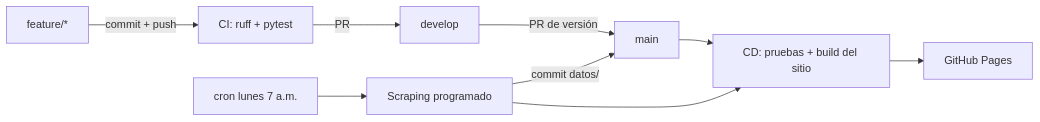
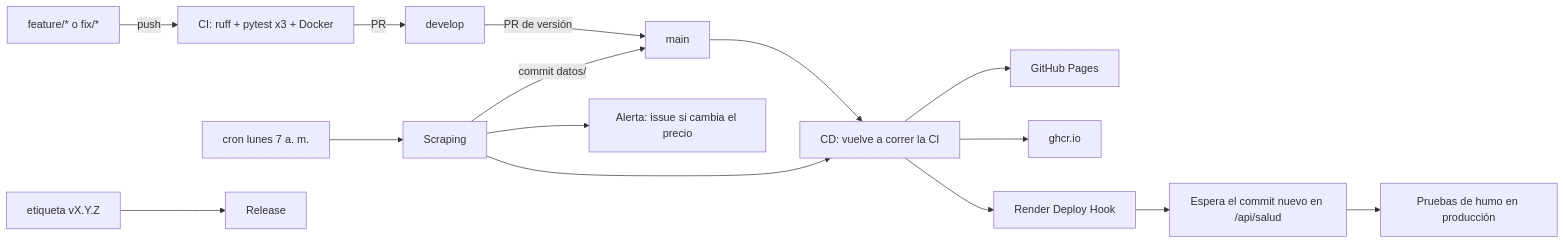
One commit to Biershoot/monitor-precios-falabella changed the diagram in README.md. Above: the diagram before and after it, drawn with Mermaid. The commit also changed other lines of this file, not shown here.

Commit message:
docs: README con instalación, uso, API, automatización y despliegue

````diff
--- a/README.md
+++ b/README.md
@@ -73,11 +142,17 @@
 ```mermaid
 flowchart LR
-    A[feature/*] -- commit + push --> B[CI: ruff + pytest]
+    A[feature/* o fix/*] -- push --> B[CI: ruff + pytest x3 + Docker]
     B -- PR --> C[develop]
     C -- PR de versión --> D[main]
-    D --> E[CD: pruebas + build del sitio]
+    D --> E[CD: vuelve a correr la CI]
     E --> F[GitHub Pages]
-    G[cron lunes 7 a.m.] --> H[Scraping programado]
-    H -- commit datos/ --> D
-    H --> E
+    E --> G[ghcr.io]
+    E --> H[Render Deploy Hook]
+    H --> I[Espera el commit nuevo en /api/salud]
+    I --> J[Pruebas de humo en producción]
+    K[cron lunes 7 a. m.] --> L[Scraping]
+    L -- commit datos/ --> D
+    L --> M[Alerta: issue si cambia el precio]
+    L --> E
+    N[etiqueta vX.Y.Z] --> O[Release]
 ```
````
